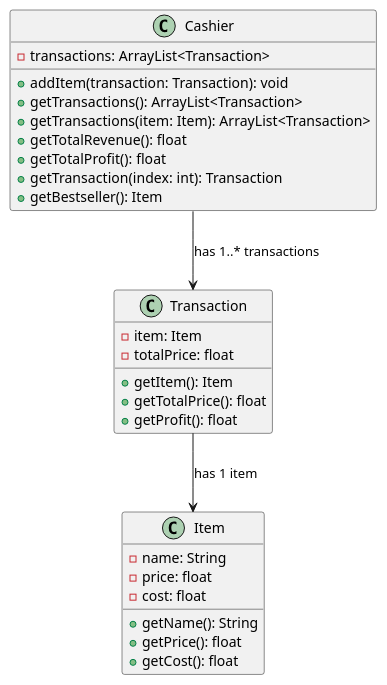
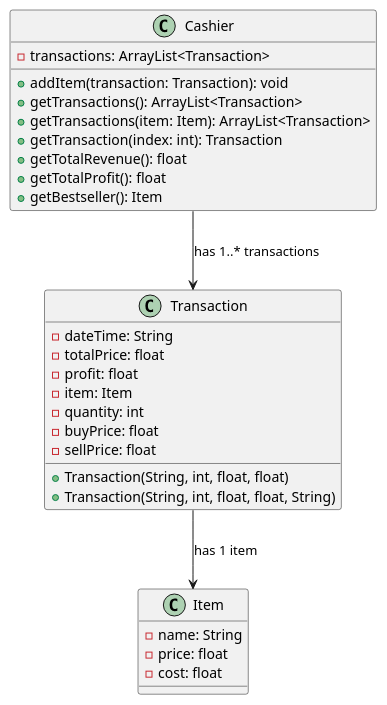
Before and after one commit to LowTL/tp: the diagram in docs/Diagrams/PUML files/Cashier/CashierClassDiagram.puml, drawn with PlantUML. The commit also changed 11 other files, not shown here.

```diff
--- a/docs/Diagrams/PUML files/Cashier/CashierClassDiagram.puml
+++ b/docs/Diagrams/PUML files/Cashier/CashierClassDiagram.puml
@@ -1,34 +1,36 @@
 @startuml
 
 class Cashier {
     - transactions: ArrayList<Transaction>
     + addItem(transaction: Transaction): void
     + getTransactions(): ArrayList<Transaction>
     + getTransactions(item: Item): ArrayList<Transaction>
+    + getTransaction(index: int): Transaction
     + getTotalRevenue(): float
     + getTotalProfit(): float
-    + getTransaction(index: int): Transaction
     + getBestseller(): Item
 }
 
 class Transaction {
+    - dateTime: String
+    - totalPrice: float
+    - profit: float
     - item: Item
-    - totalPrice: float
-    + getItem(): Item
-    + getTotalPrice(): float
-    + getProfit(): float
+    - quantity: int
+    - buyPrice: float
+    - sellPrice: float
+
+    + Transaction(String, int, float, float)
+    + Transaction(String, int, float, float, String)
 }
 
 class Item {
     - name: String
     - price: float
     - cost: float
-    + getName(): String
-    + getPrice(): float
-    + getCost(): float
 }
 
 Cashier --> Transaction : has 1..* transactions
 Transaction --> Item : has 1 item
 
 @enduml
```
